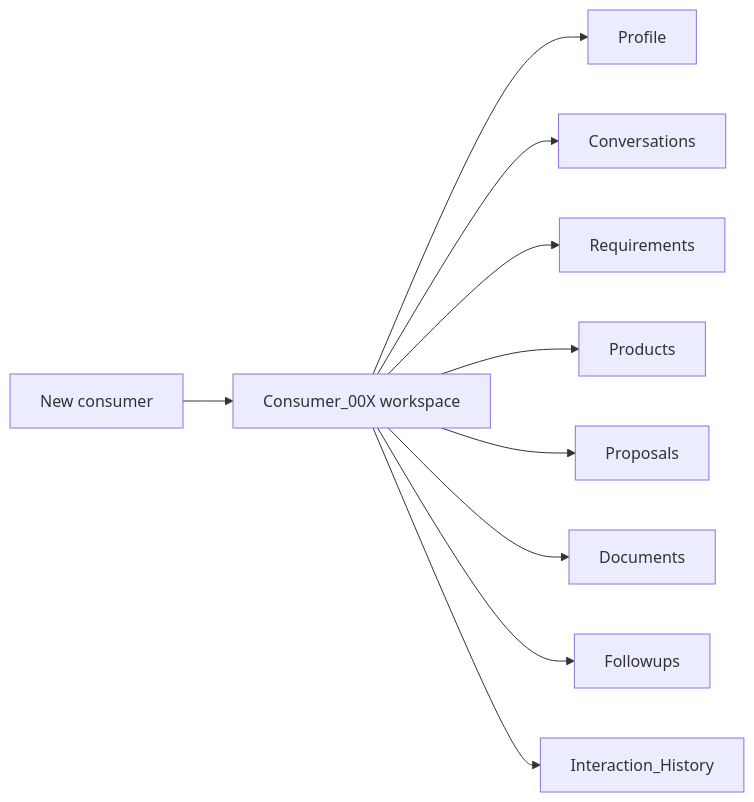
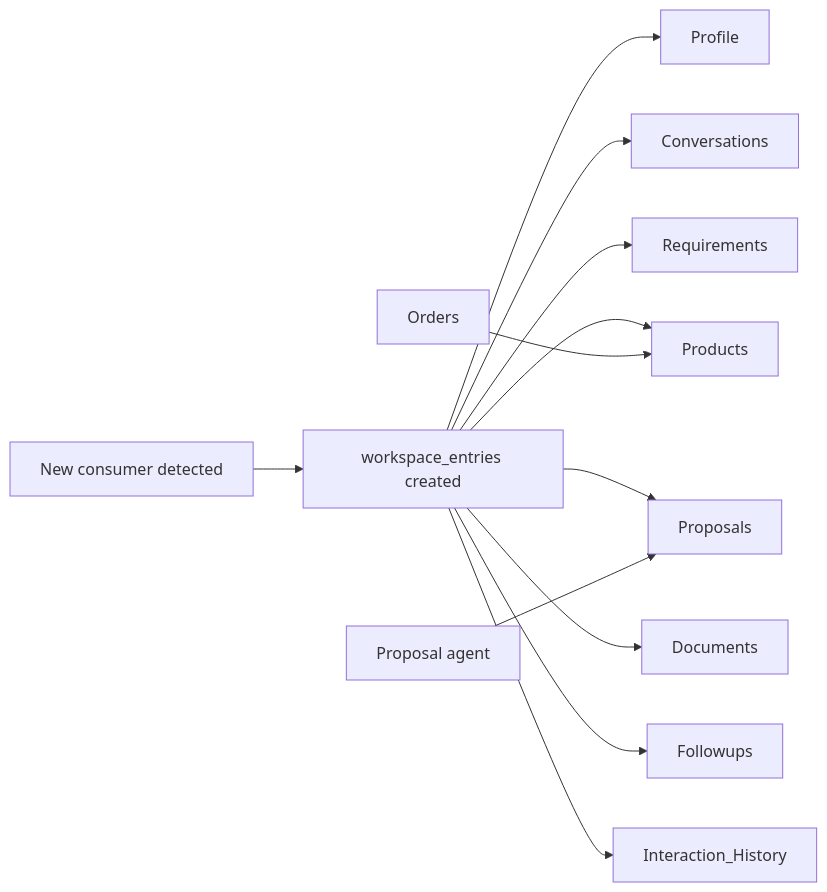
Before and after one commit to Gags-31/HubSpot-AI-CRM: the diagram in docs/architecture/02-consumer-digital-workspace.md, drawn with Mermaid. The commit also changed other lines of this file and 62 other files, not shown here.

````diff
--- a/docs/architecture/02-consumer-digital-workspace.md
+++ b/docs/architecture/02-consumer-digital-workspace.md
@@ -9,12 +9,14 @@
 ```mermaid
 flowchart LR
-  N[New consumer] --> W[Consumer_00X workspace]
+  N[New consumer detected] --> W[workspace_entries created]
   W --> S1[Profile]
   W --> S2[Conversations]
   W --> S3[Requirements]
   W --> S4[Products]
   W --> S5[Proposals]
   W --> S6[Documents]
   W --> S7[Followups]
   W --> S8[Interaction_History]
+  PROPOSAL[Proposal agent] --> S5
+  ORDERS[Orders] --> S4
 ```
````
